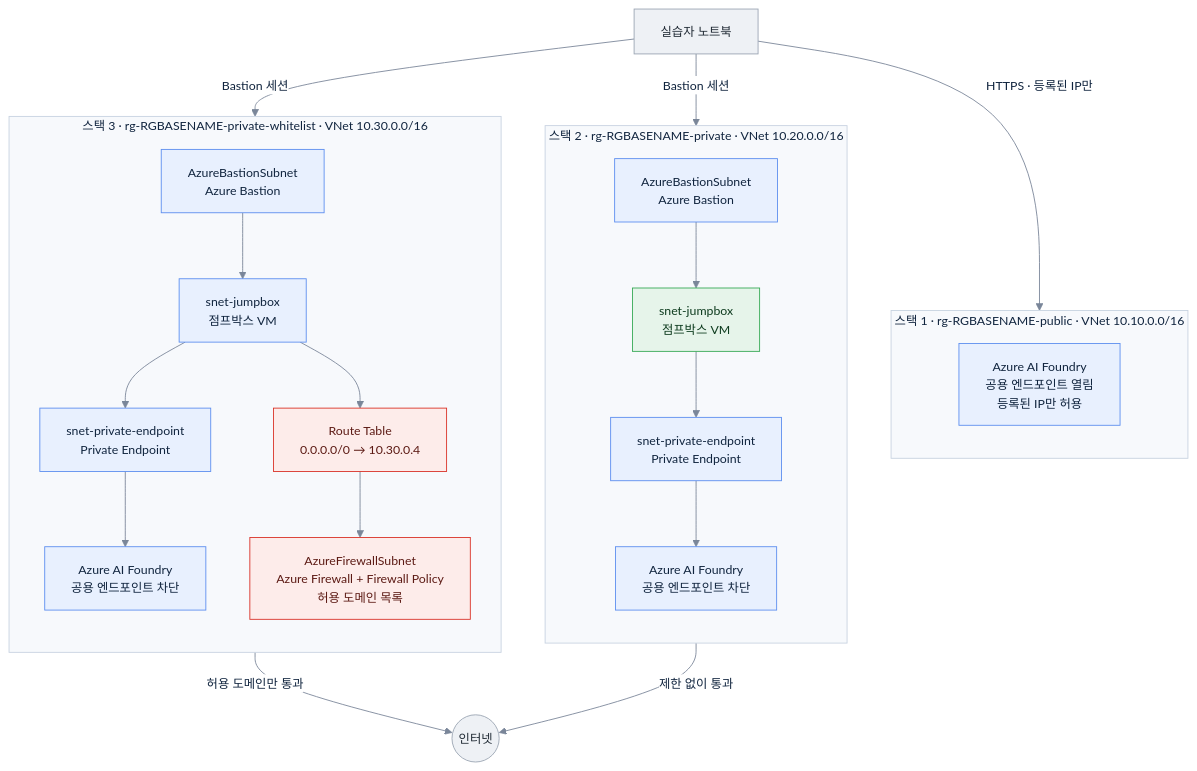
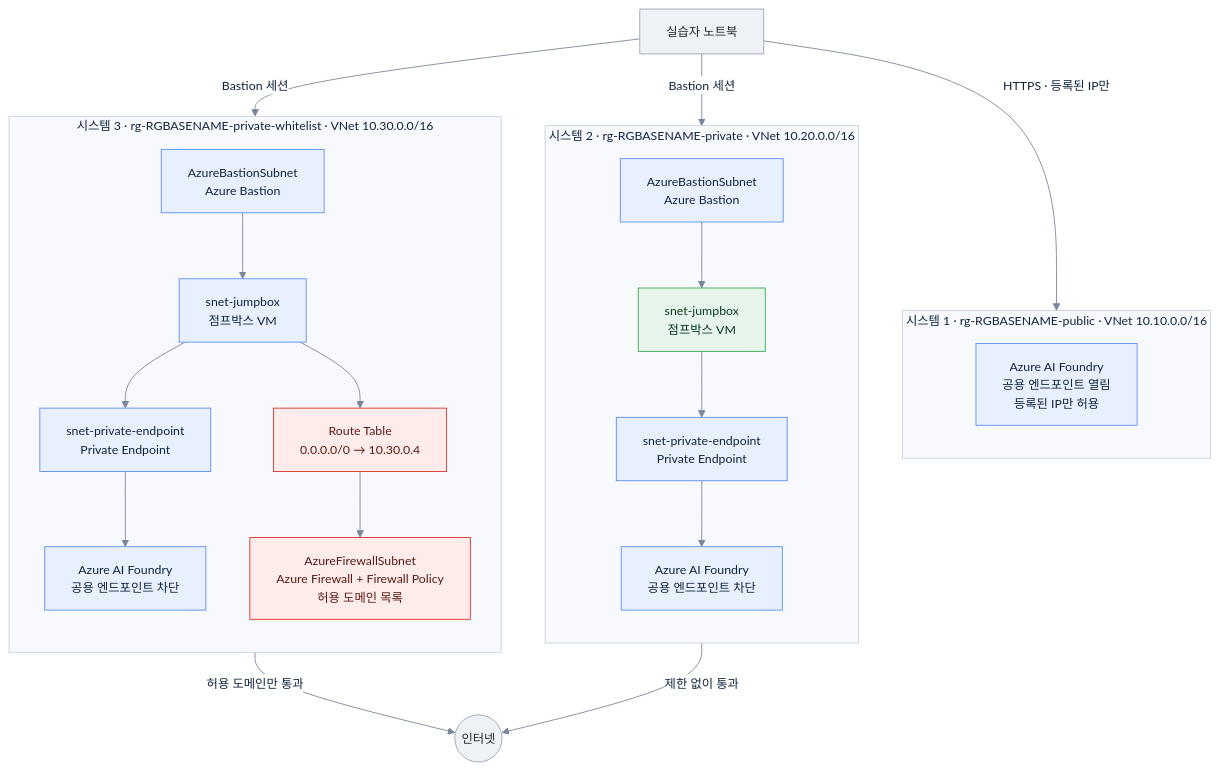
The first of 2 diagrams in iac/README.md (ivorycloud1013/lab-azure-hol-ai-services), drawn with Mermaid before and after one commit. The commit also changed other lines of this file and 12 other files, not shown here.

````diff
--- a/iac/README.md
+++ b/iac/README.md
@@ -13,48 +13,48 @@
 ```mermaid
 %%{init: {"theme":"base","themeVariables":{"fontFamily":"-apple-system, BlinkMacSystemFont, Segoe UI, Helvetica, Arial, sans-serif","fontSize":"14px","primaryColor":"#e8f0fe","primaryTextColor":"#10243e","primaryBorderColor":"#5b8def","lineColor":"#7a8699","textColor":"#10243e","clusterBkg":"#f7f9fc","clusterBorder":"#c7d2e0","titleColor":"#10243e","edgeLabelBackground":"#ffffff"}}}%%
 flowchart TB
     laptop["실습자 노트북"]
     internet(("인터넷"))
 
-    subgraph PUB["스택 1 · rg-RGBASENAME-public · VNet 10.10.0.0/16"]
+    subgraph PUB["시스템 1 · rg-RGBASENAME-public · VNet 10.10.0.0/16"]
         direction TB
         pubAi["Azure AI Foundry<br/>공용 엔드포인트 열림<br/>등록된 IP만 허용"]
     end
 
-    subgraph PRV["스택 2 · rg-RGBASENAME-private · VNet 10.20.0.0/16"]
+    subgraph PRV["시스템 2 · rg-RGBASENAME-private · VNet 10.20.0.0/16"]
         direction TB
         prvBas["AzureBastionSubnet<br/>Azure Bastion"]
         prvJb["snet-jumpbox<br/>점프박스 VM"]
         prvPe["snet-private-endpoint<br/>Private Endpoint"]
         prvAi["Azure AI Foundry<br/>공용 엔드포인트 차단"]
         prvBas --> prvJb --> prvPe --> prvAi
     end
 
-    subgraph PWL["스택 3 · rg-RGBASENAME-private-whitelist · VNet 10.30.0.0/16"]
+    subgraph PWL["시스템 3 · rg-RGBASENAME-private-whitelist · VNet 10.30.0.0/16"]
         direction TB
         pwlBas["AzureBastionSubnet<br/>Azure Bastion"]
         pwlJb["snet-jumpbox<br/>점프박스 VM"]
         pwlPe["snet-private-endpoint<br/>Private Endpoint"]
         pwlAi["Azure AI Foundry<br/>공용 엔드포인트 차단"]
         pwlRt["Route Table<br/>0.0.0.0/0 → 10.30.0.4"]
         pwlFw["AzureFirewallSubnet<br/>Azure Firewall + Firewall Policy<br/>허용 도메인 목록"]
         pwlBas --> pwlJb --> pwlPe --> pwlAi
         pwlJb --> pwlRt --> pwlFw
     end
 
     laptop -->|"HTTPS · 등록된 IP만"| pubAi
     laptop -->|"Bastion 세션"| prvBas
     laptop -->|"Bastion 세션"| pwlBas
     prvJb -->|"제한 없이 통과"| internet
     pwlFw -->|"허용 도메인만 통과"| internet
 
     classDef entry fill:#eef1f5,stroke:#9aa4b2,color:#1f2933
     classDef ai fill:#e8f0fe,stroke:#5b8def,color:#10243e
     classDef guard fill:#fdecea,stroke:#d93025,color:#5c1a14
     classDef open fill:#e6f4ea,stroke:#34a853,color:#0d3b1e
 
     class laptop,internet entry
     class pubAi,prvAi,pwlAi ai
     class pwlRt,pwlFw guard
     class prvJb open
 ```
````
